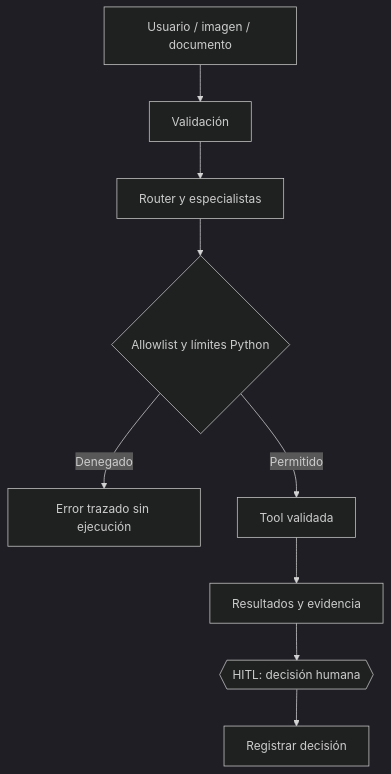
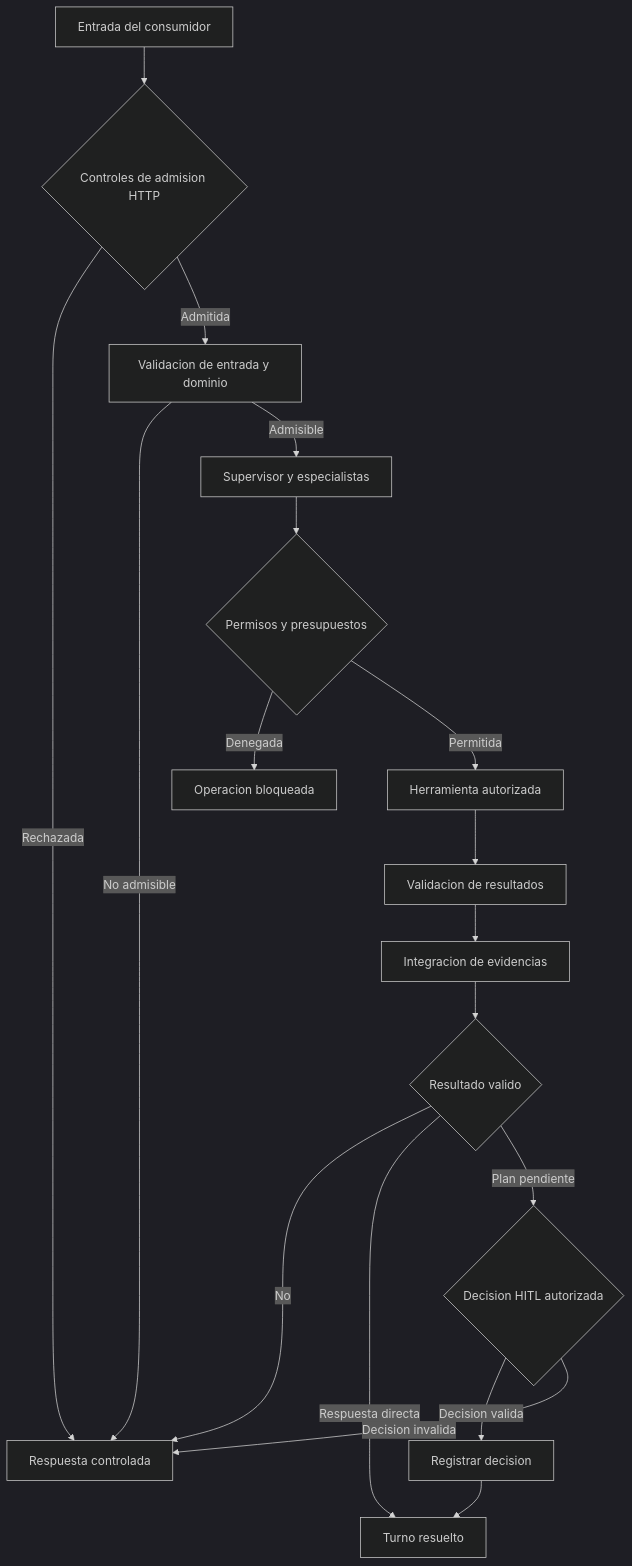
The diagram in specs/10-seguridad.md (alex-bometon/pb03_equipo18), drawn with Mermaid (dark theme) before and after one commit. The commit also changed other lines of this file and 17 other files, not shown here.

````diff
--- a/specs/10-seguridad.md
+++ b/specs/10-seguridad.md
@@ -7,11 +102,26 @@
 ```mermaid
 flowchart TD
-    U[Usuario / imagen / documento] --> V[Validación]
-    V --> R[Router y especialistas]
-    R --> L{Allowlist y límites Python}
-    L -->|Denegado| E[Error trazado sin ejecución]
-    L -->|Permitido| T[Tool validada]
-    T --> C[Resultados y evidencia]
-    C --> H{{HITL: decisión humana}}
-    H --> F[Registrar decisión]
+    U[Entrada del consumidor] --> A{Controles de admision HTTP}
+    A -->|Rechazada| E[Respuesta controlada]
+    A -->|Admitida| V[Validacion de entrada y dominio]
+
+    V -->|No admisible| E
+    V -->|Admisible| R[Supervisor y especialistas]
+
+    R --> L{Permisos y presupuestos}
+    L -->|Denegada| D[Operacion bloqueada]
+    L -->|Permitida| T[Herramienta autorizada]
+
+    T --> C[Validacion de resultados]
+    C --> S[Integracion de evidencias]
+    S --> F{Resultado valido}
+
+    F -->|No| E
+    F -->|Respuesta directa| O[Turno resuelto]
+    F -->|Plan pendiente| H{Decision HITL autorizada}
+
+    H -->|Decision valida| P[Registrar decision]
+    H -->|Decision invalida| E
+
+    P --> O
 ```
````
